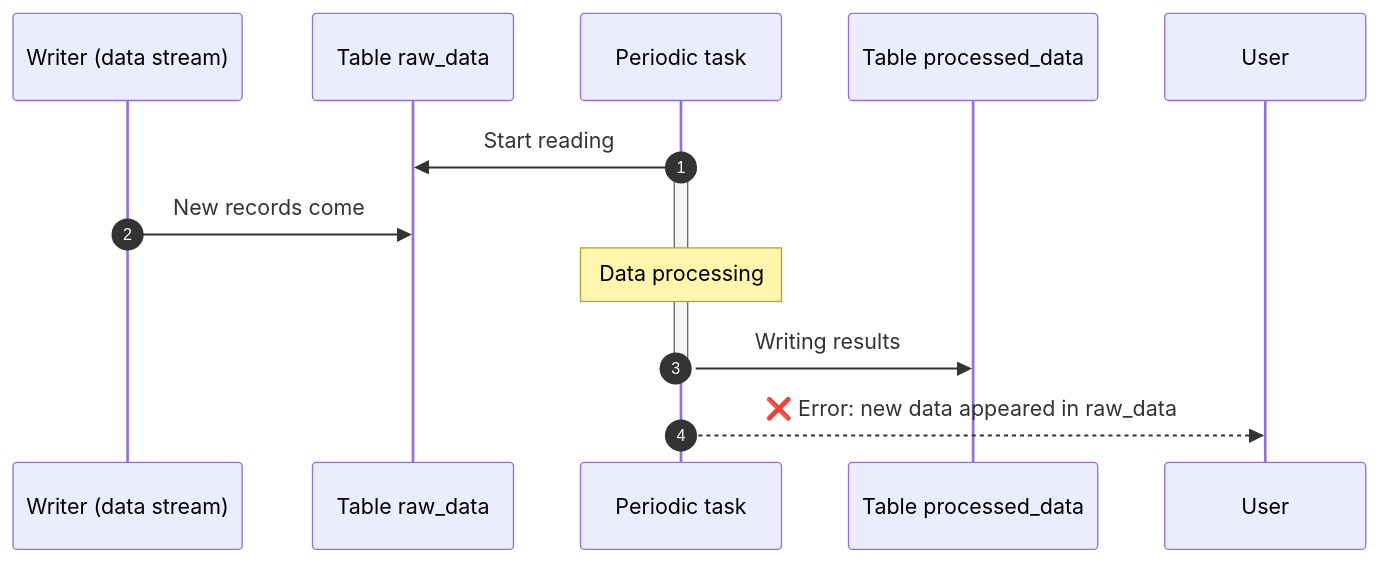
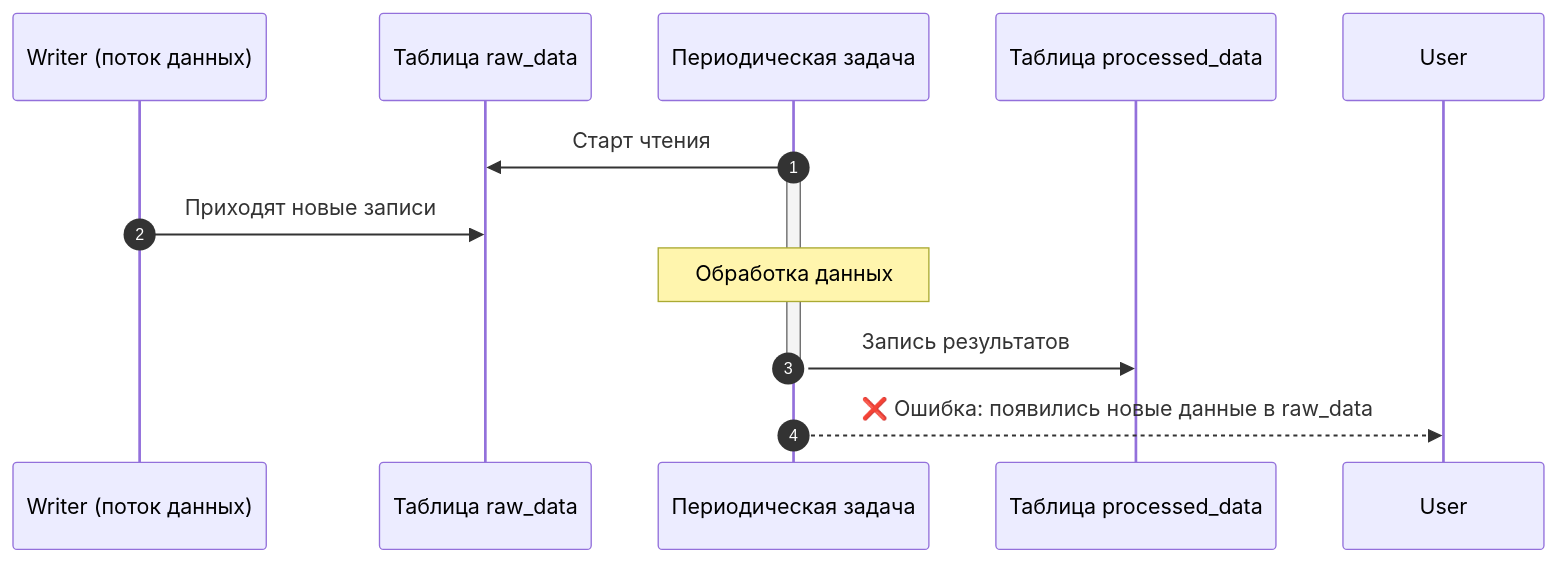
One commit to ydb-platform/ydb changed the second of 2 diagrams in ydb/docs/en/core/analyst/limitations.md. Above: the diagram before and after it, drawn with Mermaid. The commit also changed other lines of this file and 13 other files, not shown here.

````diff
--- a/ydb/docs/en/core/analyst/limitations.md
+++ b/ydb/docs/en/core/analyst/limitations.md
@@ -56,16 +58,16 @@
 ```mermaid
 sequenceDiagram
   autonumber
-  participant W as Writer (data stream)
-  participant R as Table raw_data
-  participant J as Periodic task
-  participant P as Table processed_data
+  participant W as Writer (поток данных)
+  participant R as Таблица raw_data
+  participant J as Периодическая задача
+  participant P as Таблица processed_data
 
-  J->>R: Start reading
+  J->>R: Старт чтения
   activate J
-  W->>R: New records come
-  Note over J: Data processing
-  J->>P: Writing results
+  W->>R: Приходят новые записи
+  Note over J: Обработка данных
+  J->>P: Запись результатов
   deactivate J
-  J-->>User: ❌ Error: new data appeared in raw_data
+  J-->>User: ❌ Ошибка: появились новые данные в raw_data
 ```
````
